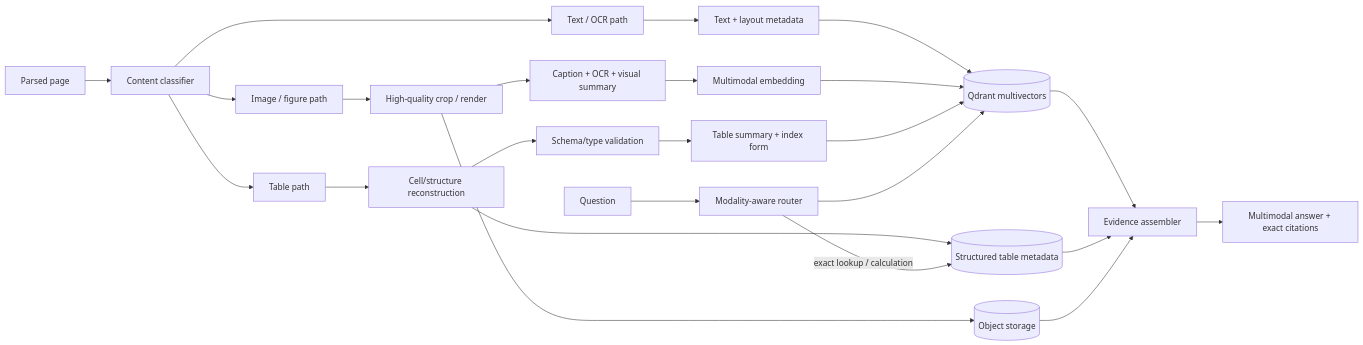
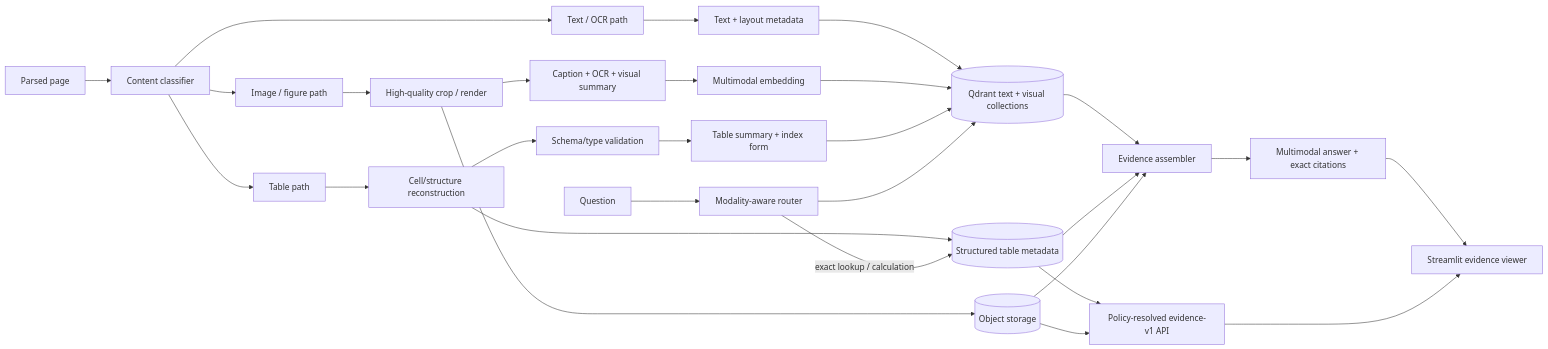
One commit to mvyas412/ai-projects changed the eighth of 11 diagrams in mm-rag-full-stack-genai-bootcamp-3.0/docs/architecture/ARCHITECTURE.md. Above: the diagram before and after it, drawn with Mermaid. The commit also changed other lines of this file and 87 other files, not shown here.

````diff
--- a/mm-rag-full-stack-genai-bootcamp-3.0/docs/architecture/ARCHITECTURE.md
+++ b/mm-rag-full-stack-genai-bootcamp-3.0/docs/architecture/ARCHITECTURE.md
@@ -459,26 +467,30 @@
 ```mermaid
 flowchart LR
     page["Parsed page"] --> classify["Content classifier"]
     classify --> text["Text / OCR path"]
     classify --> image["Image / figure path"]
     classify --> table["Table path"]
     text --> chunks["Text + layout metadata"]
     image --> crop["High-quality crop / render"]
     crop --> vision["Caption + OCR + visual summary"]
     vision --> ivec["Multimodal embedding"]
     table --> structure["Cell/structure reconstruction"]
     structure --> validate["Schema/type validation"]
     validate --> tsummary["Table summary + index form"]
-    chunks --> qdrant[("Qdrant multivectors")]
+    chunks --> qdrant[("Qdrant text + visual collections")]
     ivec --> qdrant
     tsummary --> qdrant
     crop --> objects[("Object storage")]
     structure --> pg[("Structured table metadata")]
     query["Question"] --> route["Modality-aware router"]
     route --> qdrant
     route -->|"exact lookup / calculation"| pg
     qdrant --> evidence["Evidence assembler"]
     pg --> evidence
     objects --> evidence
     evidence --> answer["Multimodal answer + exact citations"]
+    answer --> viewer["Streamlit evidence viewer"]
+    pg --> evidenceApi["Policy-resolved evidence-v1 API"]
+    objects --> evidenceApi
+    evidenceApi --> viewer
 ```
````
